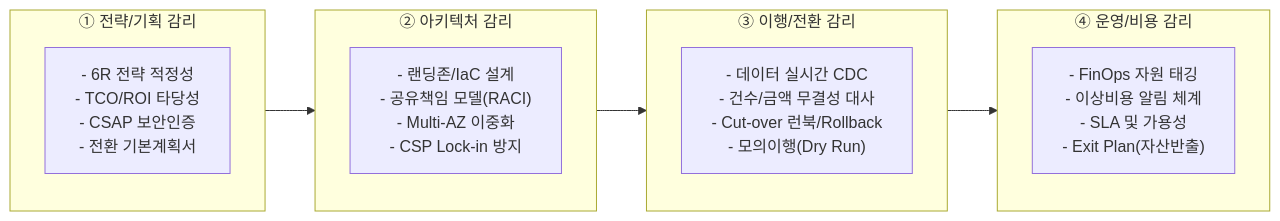
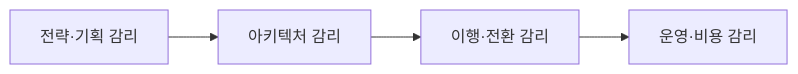
The second of 2 diagrams in src/content/docs/notes/itpe/01-it-strategy/104_cloud_migration_project_audit.md (agnusdei1207/study), drawn with Mermaid before and after one commit. The commit also changed other lines of this file and 18 other files, not shown here.

````diff
--- a/src/content/docs/notes/itpe/01-it-strategy/104_cloud_migration_project_audit.md
+++ b/src/content/docs/notes/itpe/01-it-strategy/104_cloud_migration_project_audit.md
@@ -59,16 +130,4 @@
 ```mermaid
 flowchart LR
-    subgraph STAGE1["① 전략/기획 감리"]
-        S1["- 6R 전략 적정성<br/>- TCO/ROI 타당성<br/>- CSAP 보안인증<br/>- 전환 기본계획서"]
-    end
-    subgraph STAGE2["② 아키텍처 감리"]
-        S2["- 랜딩존/IaC 설계<br/>- 공유책임 모델(RACI)<br/>- Multi-AZ 이중화<br/>- CSP Lock-in 방지"]
-    end
-    subgraph STAGE3["③ 이행/전환 감리"]
-        S3["- 데이터 실시간 CDC<br/>- 건수/금액 무결성 대사<br/>- Cut-over 런북/Rollback<br/>- 모의이행(Dry Run)"]
-    end
-    subgraph STAGE4["④ 운영/비용 감리"]
-        S4["- FinOps 자원 태깅<br/>- 이상비용 알림 체계<br/>- SLA 및 가용성<br/>- Exit Plan(자산반출)"]
-    end
-    STAGE1 --> STAGE2 --> STAGE3 --> STAGE4
+    S1["전략·기획 감리"] --> S2["아키텍처 감리"] --> S3["이행·전환 감리"] --> S4["운영·비용 감리"]
 ```
````
